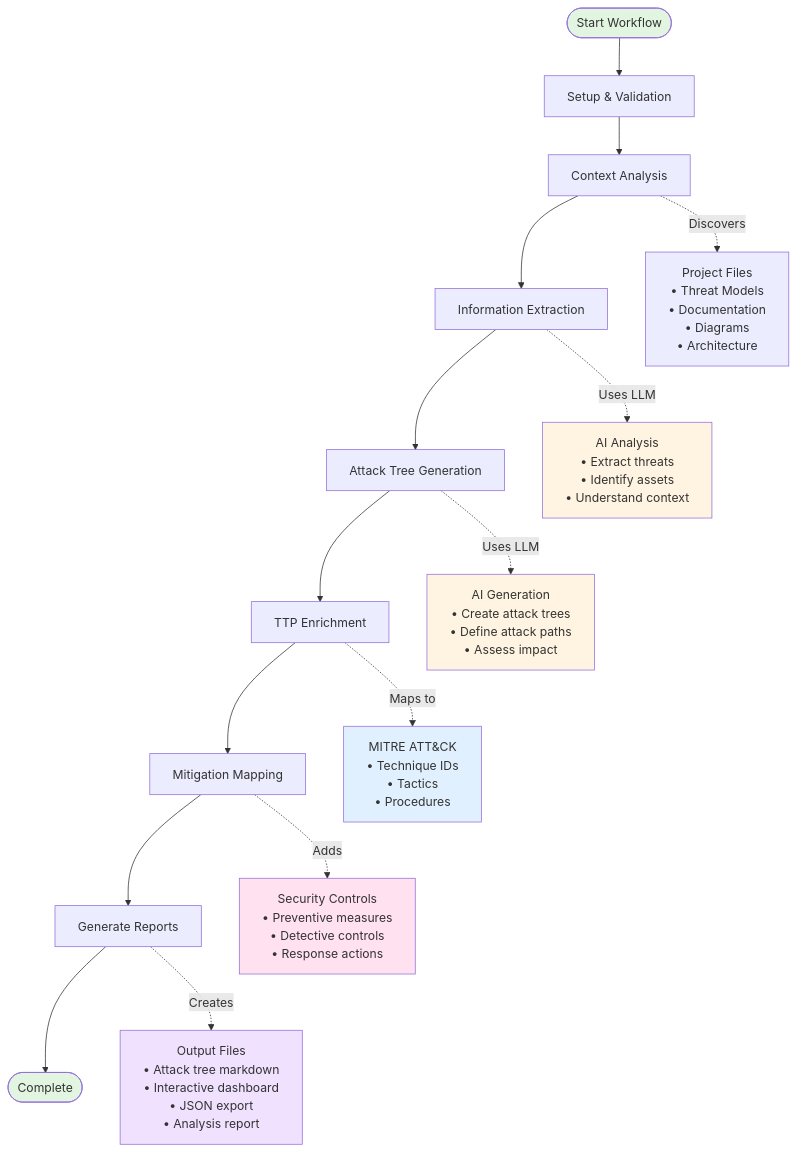
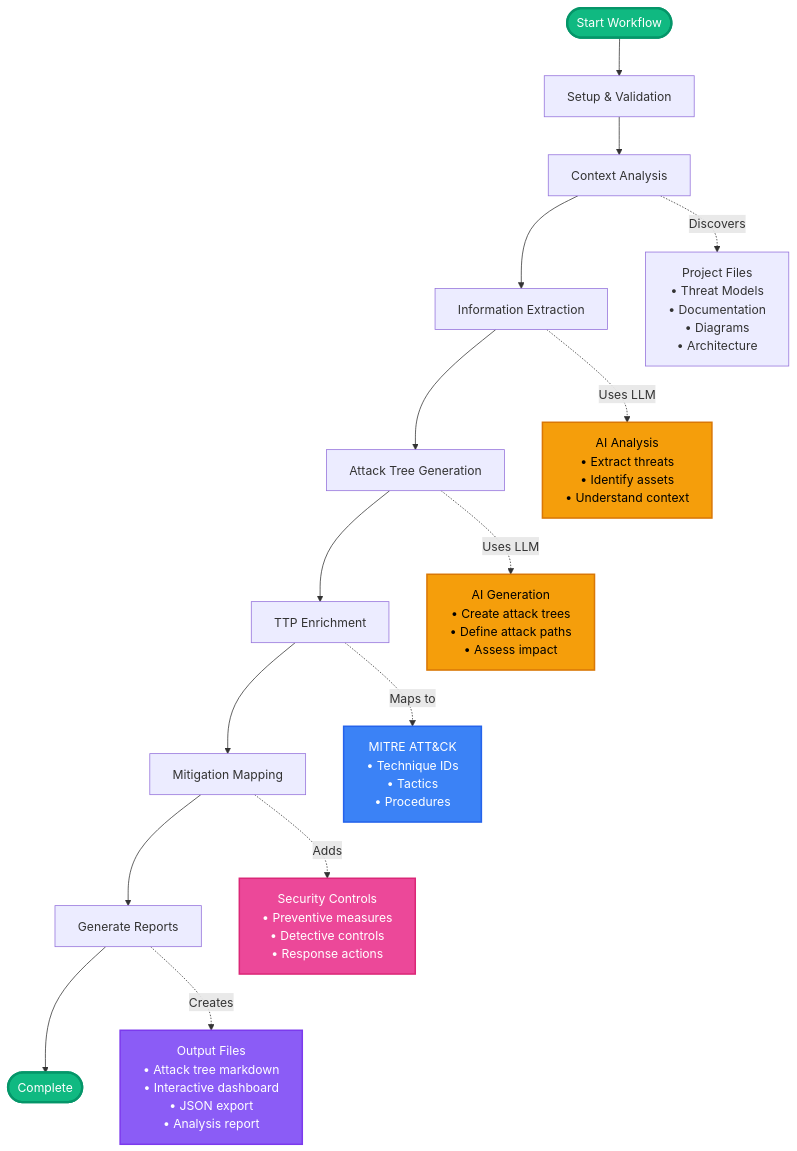
Before and after one commit to aws-samples/sample-agentic-attack-tree-generator: the diagram in docs/how-it-works/index.md, drawn with Mermaid. The commit also changed other lines of this file and 11 other files, not shown here.

````diff
--- a/docs/how-it-works/index.md
+++ b/docs/how-it-works/index.md
@@ -25,31 +25,31 @@
 ```mermaid
 graph TB
     Start([Start Workflow]) --> Setup[Setup & Validation]
     Setup --> Context[Context Analysis]
     Context --> Extract[Information Extraction]
     Extract --> Generate[Attack Tree Generation]
     Generate --> Enrich[TTP Enrichment]
     Enrich --> Mitigate[Mitigation Mapping]
     Mitigate --> Summary[Generate Reports]
     Summary --> End([Complete])
 
     Context -.->|Discovers| Files[Project Files<br/>• Threat Models<br/>• Documentation<br/>• Diagrams<br/>• Architecture]
 
     Extract -.->|Uses LLM| AI1[AI Analysis<br/>• Extract threats<br/>• Identify assets<br/>• Understand context]
 
     Generate -.->|Uses LLM| AI2[AI Generation<br/>• Create attack trees<br/>• Define attack paths<br/>• Assess impact]
 
     Enrich -.->|Maps to| MITRE[MITRE ATT&CK<br/>• Technique IDs<br/>• Tactics<br/>• Procedures]
 
     Mitigate -.->|Adds| Controls[Security Controls<br/>• Preventive measures<br/>• Detective controls<br/>• Response actions]
 
     Summary -.->|Creates| Output[Output Files<br/>• Attack tree markdown<br/>• Interactive dashboard<br/>• JSON export<br/>• Analysis report]
 
-    style Start fill:#e1f5e1
-    style End fill:#e1f5e1
-    style AI1 fill:#fff4e1
-    style AI2 fill:#fff4e1
-    style MITRE fill:#e1f0ff
-    style Controls fill:#ffe1f0
-    style Output fill:#f0e1ff
+    style Start fill:#10b981,stroke:#059669,stroke-width:3px,color:#fff
+    style End fill:#10b981,stroke:#059669,stroke-width:3px,color:#fff
+    style AI1 fill:#f59e0b,stroke:#d97706,stroke-width:2px,color:#000
+    style AI2 fill:#f59e0b,stroke:#d97706,stroke-width:2px,color:#000
+    style MITRE fill:#3b82f6,stroke:#2563eb,stroke-width:2px,color:#fff
+    style Controls fill:#ec4899,stroke:#db2777,stroke-width:2px,color:#fff
+    style Output fill:#8b5cf6,stroke:#7c3aed,stroke-width:2px,color:#fff
 ```
````
